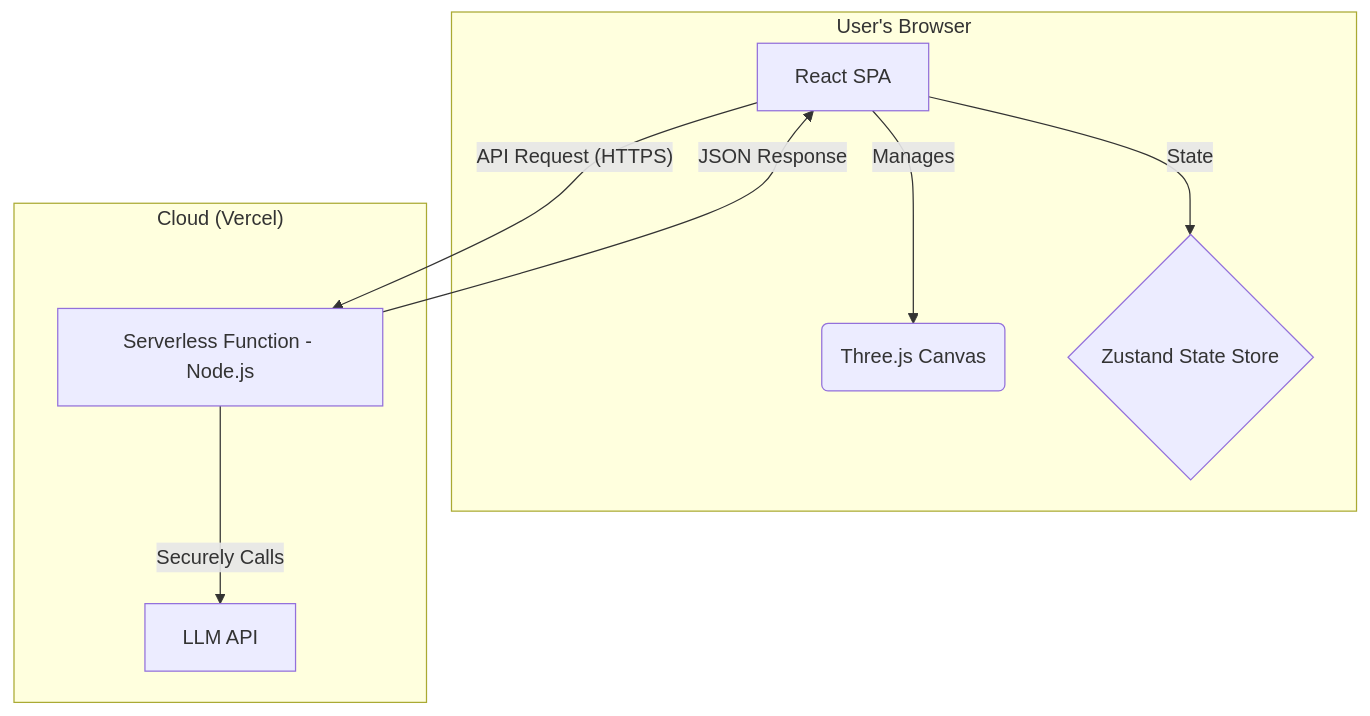
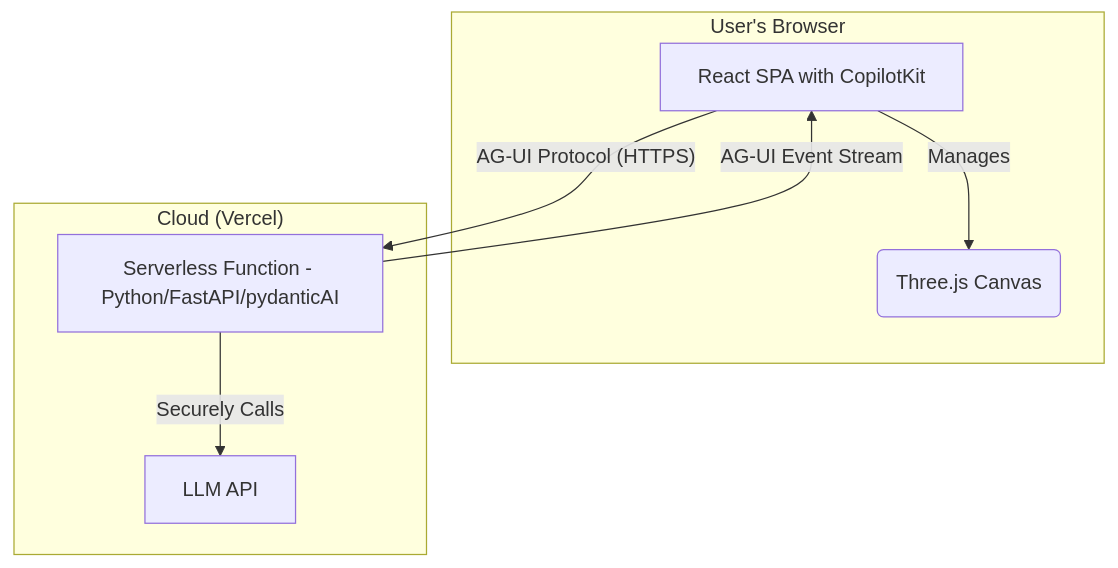
The diagram in memory.md (abuklea/voxelito), drawn with Mermaid before and after one commit. The commit also changed other lines of this file and 1 other file, not shown here.

````diff
--- a/memory.md
+++ b/memory.md
@@ -15,12 +15,11 @@
 ```mermaid
 graph TD
     subgraph "User's Browser"
-        A[React SPA] -- Manages --> B(Three.js Canvas);
-        A -- State --> C{Zustand State Store};
+        A[React SPA with CopilotKit] -- Manages --> B(Three.js Canvas);
     end
     subgraph "Cloud (Vercel)"
-        F[Serverless Function - Node.js] -- Securely Calls --> G[LLM API];
+        F[Serverless Function - Python/FastAPI/pydanticAI] -- Securely Calls --> G[LLM API];
     end
-    A -- API Request (HTTPS) --> F;
-    F -- JSON Response --> A;
+    A -- AG-UI Protocol (HTTPS) --> F;
+    F -- AG-UI Event Stream --> A;
 ```
````
